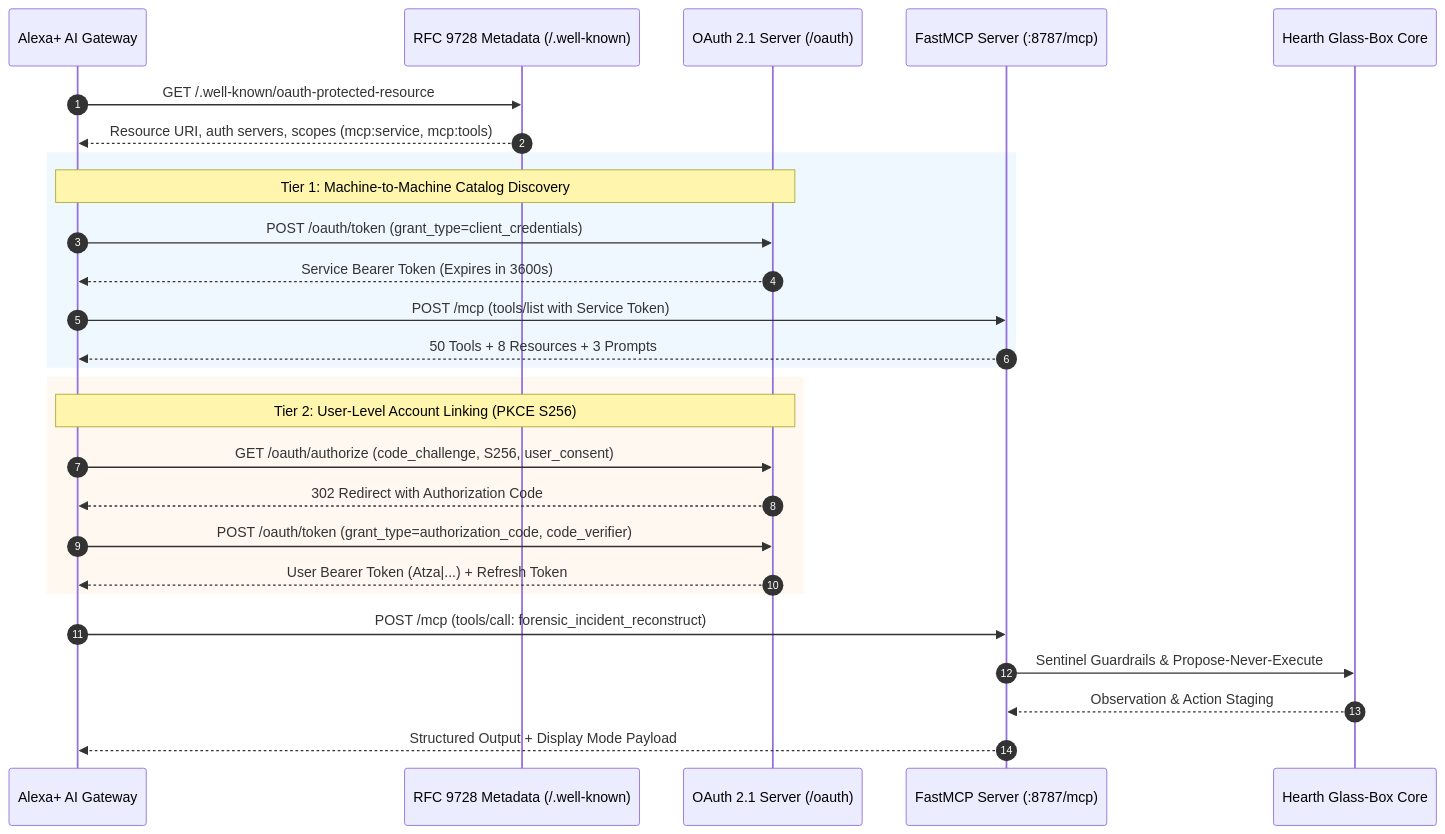
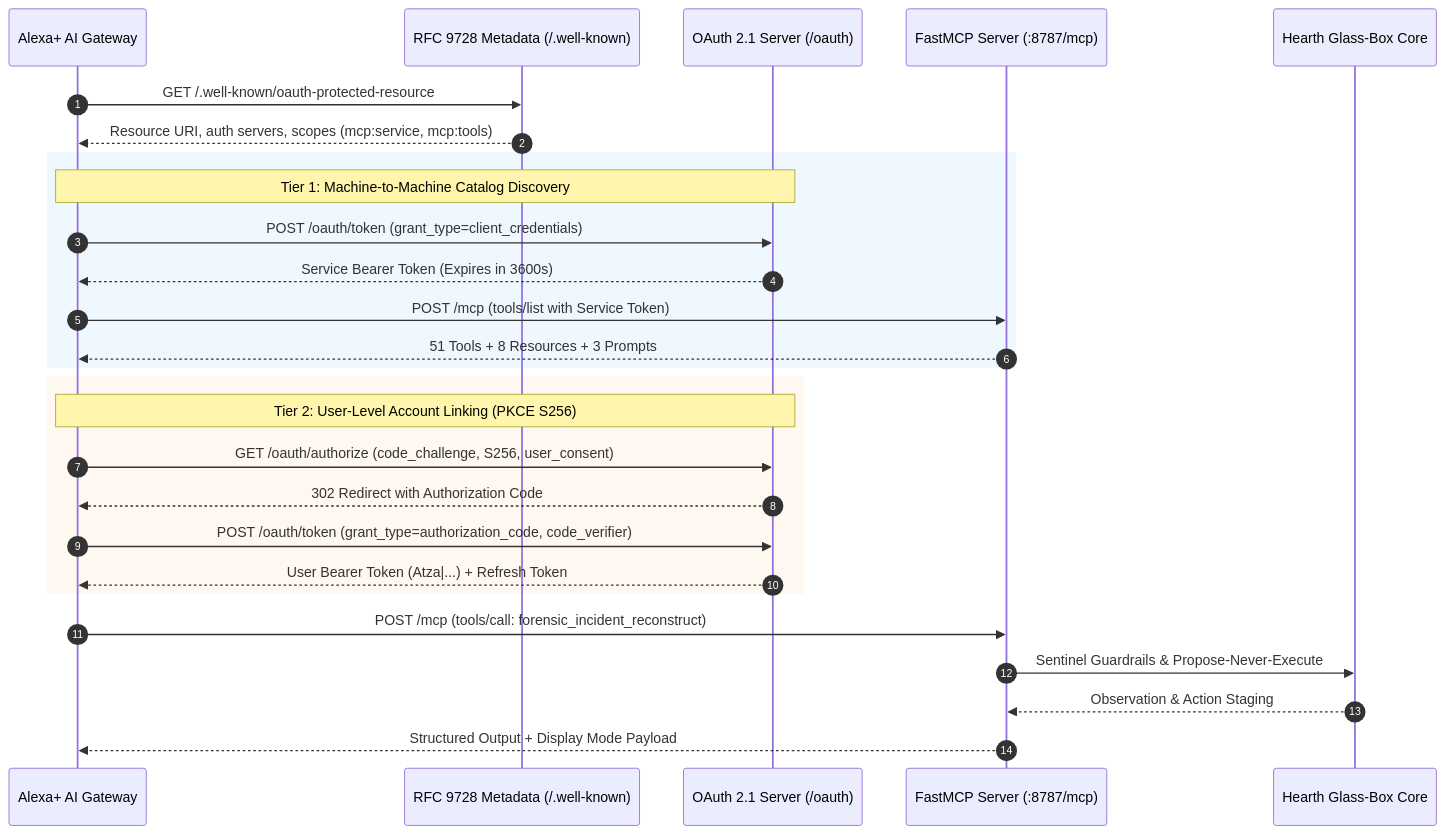
Before and after one commit to krishivjoshi219-collab/Hearth-Universal: the second of 2 diagrams in README.md, drawn with Mermaid. The commit also changed other lines of this file and 16 other files, not shown here.

First line of the commit message:
chore: align every documented figure with measured runtime output

````diff
--- a/README.md
+++ b/README.md
@@ -257,33 +280,33 @@
 ```mermaid
 sequenceDiagram
     autonumber
     participant Alexa as Alexa+ AI Gateway
     participant PRM as RFC 9728 Metadata (/.well-known)
     participant OAuth as OAuth 2.1 Server (/oauth)
     participant MCP as FastMCP Server (:8787/mcp)
     participant Hearth as Hearth Glass-Box Core
 
     Alexa->>PRM: GET /.well-known/oauth-protected-resource
     PRM-->>Alexa: Resource URI, auth servers, scopes (mcp:service, mcp:tools)
     
     rect rgb(240, 248, 255)
     Note over Alexa,OAuth: Tier 1: Machine-to-Machine Catalog Discovery
     Alexa->>OAuth: POST /oauth/token (grant_type=client_credentials)
     OAuth-->>Alexa: Service Bearer Token (Expires in 3600s)
     Alexa->>MCP: POST /mcp (tools/list with Service Token)
-    MCP-->>Alexa: 50 Tools + 8 Resources + 3 Prompts
+    MCP-->>Alexa: 51 Tools + 8 Resources + 3 Prompts
     end
 
     rect rgb(255, 248, 240)
     Note over Alexa,OAuth: Tier 2: User-Level Account Linking (PKCE S256)
     Alexa->>OAuth: GET /oauth/authorize (code_challenge, S256, user_consent)
     OAuth-->>Alexa: 302 Redirect with Authorization Code
     Alexa->>OAuth: POST /oauth/token (grant_type=authorization_code, code_verifier)
     OAuth-->>Alexa: User Bearer Token (Atza|...) + Refresh Token
     end
 
     Alexa->>MCP: POST /mcp (tools/call: forensic_incident_reconstruct)
     MCP->>Hearth: Sentinel Guardrails & Propose-Never-Execute
     Hearth-->>MCP: Observation & Action Staging
     MCP-->>Alexa: Structured Output + Display Mode Payload
 ```
````
